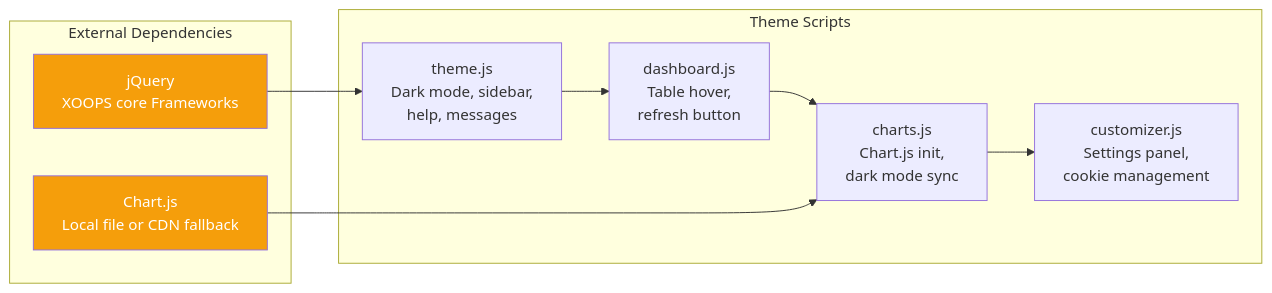
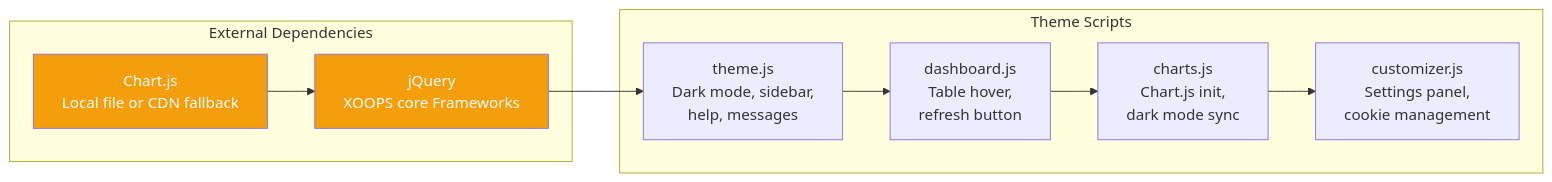
The ninth of 19 diagrams in htdocs/modules/system/themes/modern/docs/DEVELOPER_GUIDE.md (XOOPS/XoopsCore25), drawn with Mermaid before and after one commit. The commit also changed other lines of this file and 1 other file, not shown here.

````diff
--- a/htdocs/modules/system/themes/modern/docs/DEVELOPER_GUIDE.md
+++ b/htdocs/modules/system/themes/modern/docs/DEVELOPER_GUIDE.md
@@ -513,20 +513,19 @@
 ```mermaid
 flowchart LR
     subgraph Dependencies["External Dependencies"]
         JQ["jQuery\nXOOPS core Frameworks"]
         CJ["Chart.js\nLocal file or CDN fallback"]
     end
 
     subgraph Theme["Theme Scripts"]
         TH["theme.js\nDark mode, sidebar,\nhelp, messages"]
         DA["dashboard.js\nTable hover,\nrefresh button"]
         CH["charts.js\nChart.js init,\ndark mode sync"]
         CU["customizer.js\nSettings panel,\ncookie management"]
     end
 
-    JQ --> TH --> DA --> CH --> CU
-    CJ --> CH
+    CJ --> JQ --> TH --> DA --> CH --> CU
 
     style JQ fill:#f59e0b,color:#fff
     style CJ fill:#f59e0b,color:#fff
 ```
````
